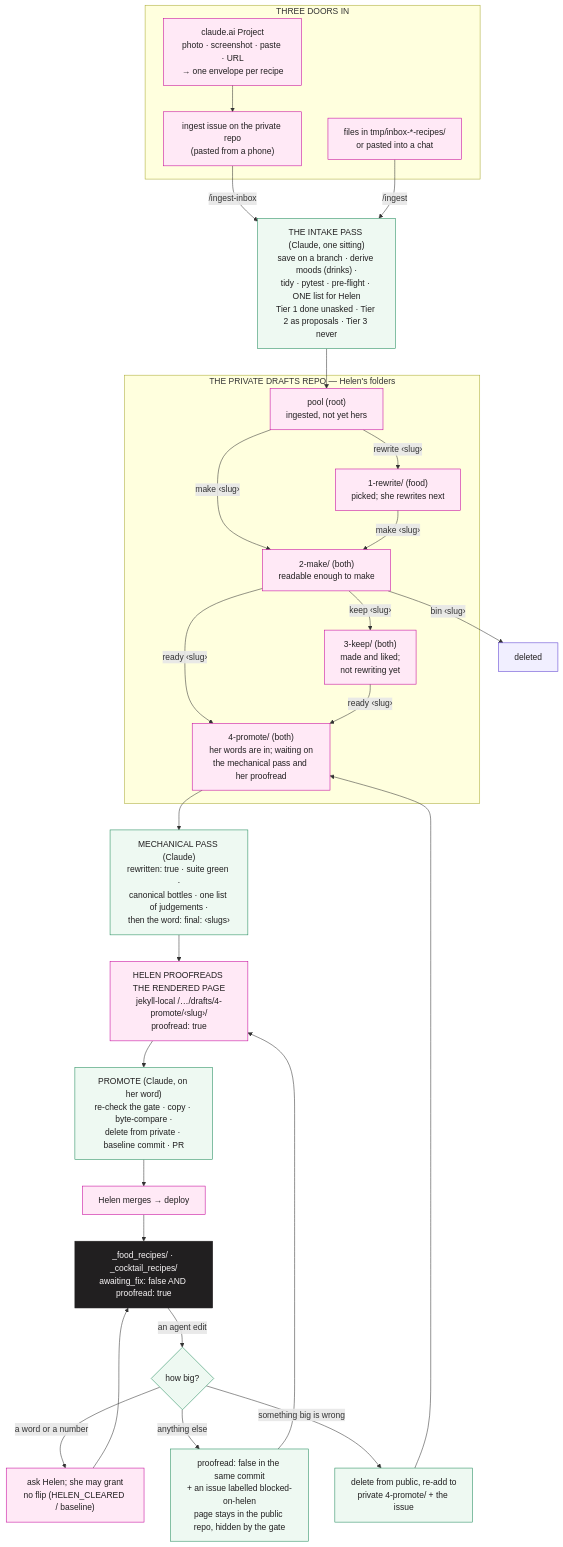
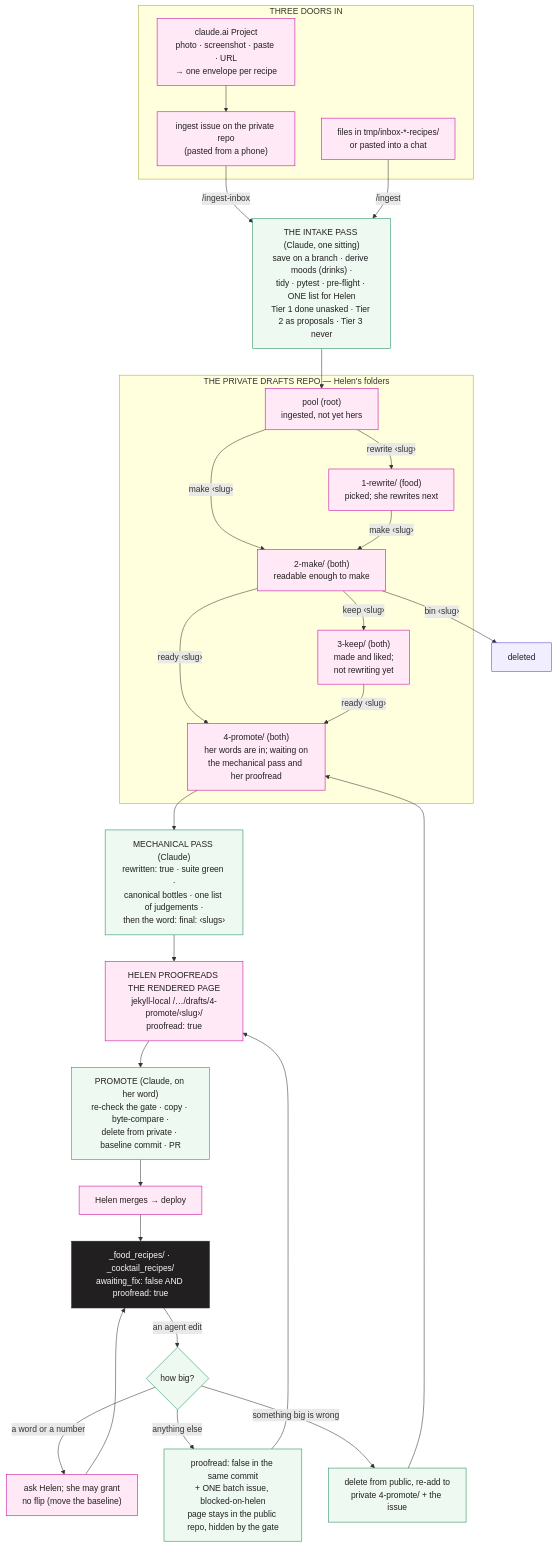
One commit to DeckOfPandas/helen-triages changed the diagram in model_instructions/PIPELINE.md. Above: the diagram before and after it, drawn with Mermaid. The commit also changed other lines of this file and 4 other files, not shown here.

````diff
--- a/model_instructions/PIPELINE.md
+++ b/model_instructions/PIPELINE.md
@@ -24,51 +24,51 @@
 ```mermaid
 flowchart TD
     classDef helen fill:#ffe9f6,stroke:#c4009a,color:#211f20
     classDef claude fill:#eef9f2,stroke:#1f8a5a,color:#211f20
     classDef machine fill:#f1efff,stroke:#5b3fd1,color:#211f20
     classDef live fill:#211f20,stroke:#211f20,color:#faf7f8
 
     subgraph IN["THREE DOORS IN"]
         W["claude.ai Project<br/>photo · screenshot · paste · URL<br/>→ one envelope per recipe"]:::helen
         I["ingest issue on the private repo<br/>(pasted from a phone)"]:::helen
         T["files in tmp/inbox-*-recipes/<br/>or pasted into a chat"]:::helen
     end
 
     W --> I
     I -->|"/ingest-inbox"| P
     T -->|"/ingest"| P
 
     P["THE INTAKE PASS (Claude, one sitting)<br/>save on a branch · derive moods (drinks) ·<br/>tidy · pytest · pre-flight · ONE list for Helen<br/>Tier 1 done unasked · Tier 2 as proposals · Tier 3 never"]:::claude
 
     P --> POOL
 
     subgraph DRAFTS["THE PRIVATE DRAFTS REPO — Helen's folders"]
         POOL["pool (root)<br/>ingested, not yet hers"]:::helen
         RW["1-rewrite/ (food)<br/>picked; she rewrites next"]:::helen
         MK["2-make/ (both)<br/>readable enough to make"]:::helen
         KP["3-keep/ (both)<br/>made and liked;<br/>not rewriting yet"]:::helen
         PR["4-promote/ (both)<br/>her words are in; waiting on<br/>the mechanical pass and her proofread"]:::helen
     end
 
     POOL -->|"rewrite ‹slug›"| RW
     POOL -->|"make ‹slug›"| MK
     RW -->|"make ‹slug›"| MK
     MK -->|"keep ‹slug›"| KP
     MK -->|"ready ‹slug›"| PR
     KP -->|"ready ‹slug›"| PR
     MK -->|"bin ‹slug›"| BIN["deleted"]:::machine
 
     PR --> MP["MECHANICAL PASS (Claude)<br/>rewritten: true · suite green ·<br/>canonical bottles · one list of judgements ·<br/>then the word: final: ‹slugs›"]:::claude
     MP --> PF["HELEN PROOFREADS THE RENDERED PAGE<br/>jekyll-local /…/drafts/4-promote/‹slug›/<br/>proofread: true"]:::helen
     PF --> PROMO["PROMOTE (Claude, on her word)<br/>re-check the gate · copy · byte-compare ·<br/>delete from private · baseline commit · PR"]:::claude
     PROMO --> MERGE["Helen merges → deploy"]:::helen
     MERGE --> LIVE["_food_recipes/ · _cocktail_recipes/<br/>awaiting_fix: false AND proofread: true"]:::live
 
     LIVE -->|"an agent edit"| TOUCH{"how big?"}:::claude
-    TOUCH -->|"a word or a number"| ASK["ask Helen; she may grant<br/>no flip (HELEN_CLEARED / baseline)"]:::helen
-    TOUCH -->|"anything else"| DEMOTE["proofread: false in the same commit<br/>+ an issue labelled blocked-on-helen<br/>page stays in the public repo, hidden by the gate"]:::claude
+    TOUCH -->|"a word or a number"| ASK["ask Helen; she may grant<br/>no flip (move the baseline)"]:::helen
+    TOUCH -->|"anything else"| DEMOTE["proofread: false in the same commit<br/>+ ONE batch issue, blocked-on-helen<br/>page stays in the public repo, hidden by the gate"]:::claude
     TOUCH -->|"something big is wrong"| BACK["delete from public, re-add to<br/>private 4-promote/ + the issue"]:::claude
     DEMOTE --> PF
     BACK --> PR
     ASK --> LIVE
 ```
````
